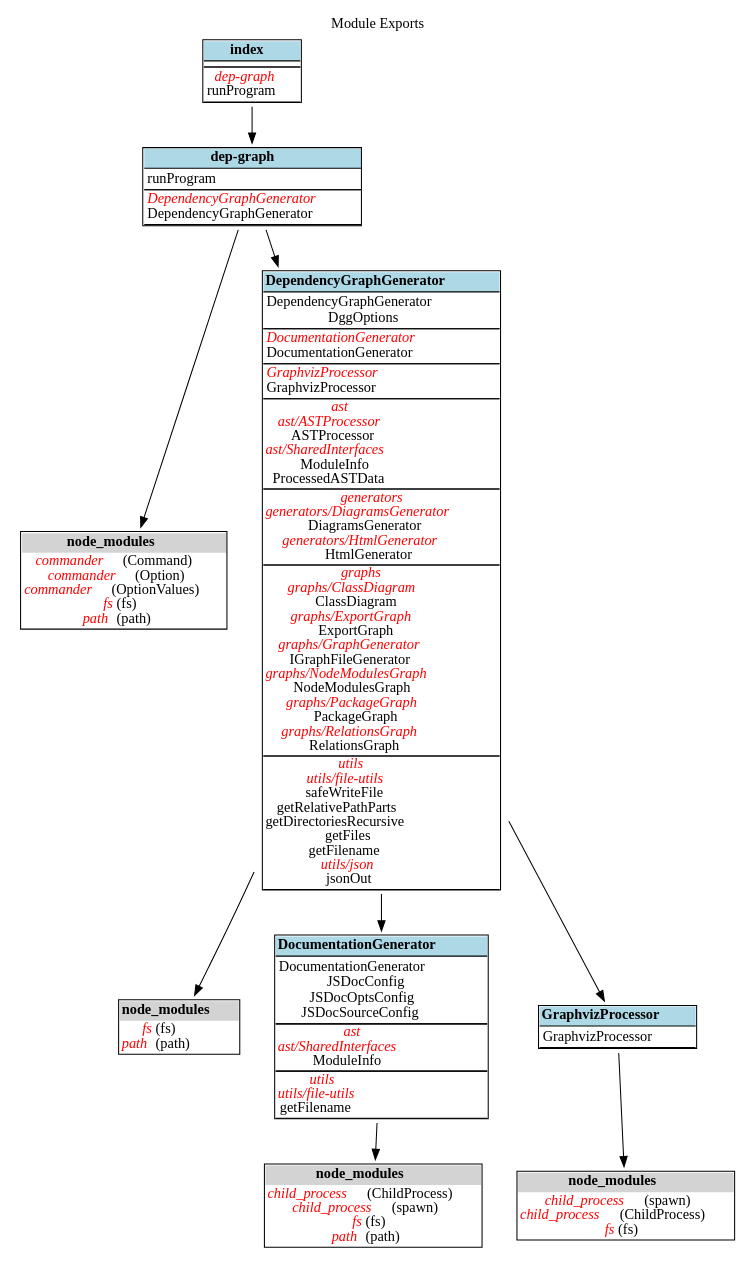
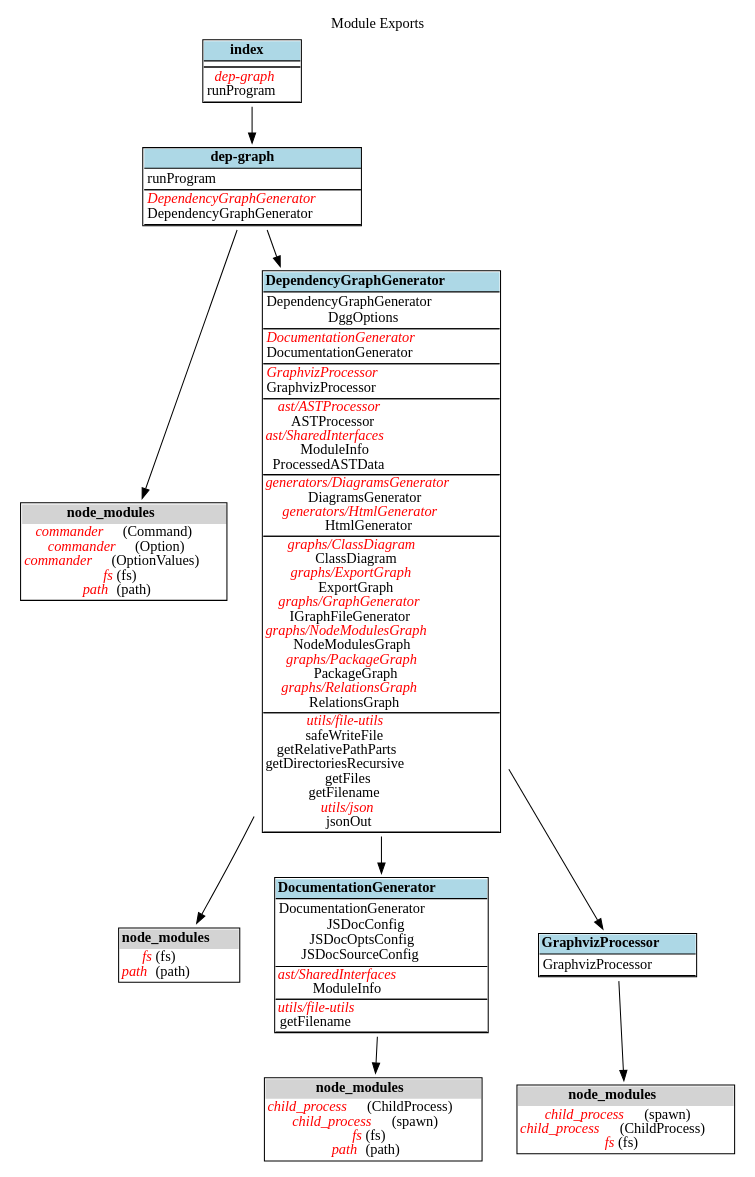
One commit to fleebe/GitHubPages changed the diagram in dep-graph-ts/ExportGraph.dot. Above: the diagram before and after it, drawn with Graphviz. The commit also changed 97 other files, not shown here.

Commit message:
Update docs for dep-graph-ts from fleebe/dep-graph-ts workflow

```diff
--- a/dep-graph-ts/ExportGraph.dot
+++ b/dep-graph-ts/ExportGraph.dot
@@ -1,145 +1,139 @@
 digraph {label=" Module Exports";
 labelloc="t";
 "dep-graph" [shape=none, label=<<TABLE cellspacing="0" cellborder="0" align="left">
 <TR><TD bgcolor="lightblue" align="center"><B>dep-graph</B></TD></TR>
 <TR><TD BORDER="1" SIDES="TB" align="left">
 runProgram<BR/>
 </TD></TR>
 <TR><TD BORDER="1" SIDES="TB" align="left">
 <font color="red"><I>DependencyGraphGenerator</I></font><BR/>
 DependencyGraphGenerator<BR/>
 </TD></TR>
 </TABLE>>];
 "dep-graph-node_modules" [shape=none, label=<<TABLE cellspacing="0" cellborder="0" align="left">
 <TR><TD bgcolor="lightgrey" align="center"><B>node_modules</B></TD></TR>
 <TR><TD align="left">
 <font color="red"><I>commander</I></font> (Command)<BR/>
 <font color="red"><I>commander</I></font> (Option)<BR/>
 <font color="red"><I>commander</I></font> (OptionValues)<BR/>
 <font color="red"><I>fs</I></font> (fs)<BR/>
 <font color="red"><I>path</I></font> (path)<BR/>
 </TD></TR>
 </TABLE>>];
 "dep-graph"->"dep-graph-node_modules";
 "DependencyGraphGenerator" [shape=none, label=<<TABLE cellspacing="0" cellborder="0" align="left">
 <TR><TD bgcolor="lightblue" align="center"><B>DependencyGraphGenerator</B></TD></TR>
 <TR><TD BORDER="1" SIDES="TB" align="left">
 DependencyGraphGenerator<BR/>
 DggOptions<BR/>
 </TD></TR>
 <TR><TD BORDER="1" SIDES="TB" align="left">
 <font color="red"><I>DocumentationGenerator</I></font><BR/>
 DocumentationGenerator<BR/>
 </TD></TR>
 <TR><TD BORDER="1" SIDES="TB" align="left">
 <font color="red"><I>GraphvizProcessor</I></font><BR/>
 GraphvizProcessor<BR/>
 </TD></TR>
-<TR><TD BORDER="1" SIDES="TB" cellpadding="1" align="left" HREF="diagrams.html#ast" TARGET="_top">
-<font color="red"><I>ast</I></font><BR/>
+<TR><TD BORDER="1" SIDES="TB" cellpadding="1" align="left">
 <font color="red"><I>ast/ASTProcessor</I></font><BR/>
 ASTProcessor<BR/>
 <font color="red"><I>ast/SharedInterfaces</I></font><BR/>
 ModuleInfo<BR/>
 ProcessedASTData<BR/>
 </TD></TR>
-<TR><TD BORDER="1" SIDES="TB" cellpadding="1" align="left" HREF="diagrams.html#generators" TARGET="_top">
-<font color="red"><I>generators</I></font><BR/>
+<TR><TD BORDER="1" SIDES="TB" cellpadding="1" align="left">
 <font color="red"><I>generators/DiagramsGenerator</I></font><BR/>
 DiagramsGenerator<BR/>
 <font color="red"><I>generators/HtmlGenerator</I></font><BR/>
 HtmlGenerator<BR/>
 </TD></TR>
-<TR><TD BORDER="1" SIDES="TB" cellpadding="1" align="left" HREF="diagrams.html#graphs" TARGET="_top">
-<font color="red"><I>graphs</I></font><BR/>
+<TR><TD BORDER="1" SIDES="TB" cellpadding="1" align="left">
 <font color="red"><I>graphs/ClassDiagram</I></font><BR/>
 ClassDiagram<BR/>
 <font color="red"><I>graphs/ExportGraph</I></font><BR/>
 ExportGraph<BR/>
 <font color="red"><I>graphs/GraphGenerator</I></font><BR/>
 IGraphFileGenerator<BR/>
 <font color="red"><I>graphs/NodeModulesGraph</I></font><BR/>
 NodeModulesGraph<BR/>
 <font color="red"><I>graphs/PackageGraph</I></font><BR/>
 PackageGraph<BR/>
 <font color="red"><I>graphs/RelationsGraph</I></font><BR/>
 RelationsGraph<BR/>
 </TD></TR>
-<TR><TD BORDER="1" SIDES="TB" cellpadding="1" align="left" HREF="diagrams.html#utils" TARGET="_top">
-<font color="red"><I>utils</I></font><BR/>
+<TR><TD BORDER="1" SIDES="TB" cellpadding="1" align="left">
 <font color="red"><I>utils/file-utils</I></font><BR/>
 safeWriteFile<BR/>
 getRelativePathParts<BR/>
 getDirectoriesRecursive<BR/>
 getFiles<BR/>
 getFilename<BR/>
 <font color="red"><I>utils/json</I></font><BR/>
 jsonOut<BR/>
 </TD></TR>
 </TABLE>>];
 "DependencyGraphGenerator-node_modules" [shape=none, label=<<TABLE cellspacing="0" cellborder="0" align="left">
 <TR><TD bgcolor="lightgrey" align="center"><B>node_modules</B></TD></TR>
 <TR><TD align="left">
 <font color="red"><I>fs</I></font> (fs)<BR/>
 <font color="red"><I>path</I></font> (path)<BR/>
 </TD></TR>
 </TABLE>>];
 "DependencyGraphGenerator"->"DependencyGraphGenerator-node_modules";
 "DocumentationGenerator" [shape=none, label=<<TABLE cellspacing="0" cellborder="0" align="left">
 <TR><TD bgcolor="lightblue" align="center"><B>DocumentationGenerator</B></TD></TR>
 <TR><TD BORDER="1" SIDES="TB" align="left">
 DocumentationGenerator<BR/>
 JSDocConfig<BR/>
 JSDocOptsConfig<BR/>
 JSDocSourceConfig<BR/>
 </TD></TR>
-<TR><TD BORDER="1" SIDES="TB" cellpadding="1" align="left" HREF="diagrams.html#ast" TARGET="_top">
-<font color="red"><I>ast</I></font><BR/>
+<TR><TD BORDER="1" SIDES="TB" cellpadding="1" align="left">
 <font color="red"><I>ast/SharedInterfaces</I></font><BR/>
 ModuleInfo<BR/>
 </TD></TR>
-<TR><TD BORDER="1" SIDES="TB" cellpadding="1" align="left" HREF="diagrams.html#utils" TARGET="_top">
-<font color="red"><I>utils</I></font><BR/>
+<TR><TD BORDER="1" SIDES="TB" cellpadding="1" align="left">
 <font color="red"><I>utils/file-utils</I></font><BR/>
 getFilename<BR/>
 </TD></TR>
 </TABLE>>];
 "DocumentationGenerator-node_modules" [shape=none, label=<<TABLE cellspacing="0" cellborder="0" align="left">
 <TR><TD bgcolor="lightgrey" align="center"><B>node_modules</B></TD></TR>
 <TR><TD align="left">
 <font color="red"><I>child_process</I></font> (ChildProcess)<BR/>
 <font color="red"><I>child_process</I></font> (spawn)<BR/>
 <font color="red"><I>fs</I></font> (fs)<BR/>
 <font color="red"><I>path</I></font> (path)<BR/>
 </TD></TR>
 </TABLE>>];
 "DocumentationGenerator"->"DocumentationGenerator-node_modules";
 "GraphvizProcessor" [shape=none, label=<<TABLE cellspacing="0" cellborder="0" align="left">
 <TR><TD bgcolor="lightblue" align="center"><B>GraphvizProcessor</B></TD></TR>
 <TR><TD BORDER="1" SIDES="TB" align="left">
 GraphvizProcessor<BR/>
 </TD></TR>
 </TABLE>>];
 "GraphvizProcessor-node_modules" [shape=none, label=<<TABLE cellspacing="0" cellborder="0" align="left">
 <TR><TD bgcolor="lightgrey" align="center"><B>node_modules</B></TD></TR>
 <TR><TD align="left">
 <font color="red"><I>child_process</I></font> (spawn)<BR/>
 <font color="red"><I>child_process</I></font> (ChildProcess)<BR/>
 <font color="red"><I>fs</I></font> (fs)<BR/>
 </TD></TR>
 </TABLE>>];
 "GraphvizProcessor"->"GraphvizProcessor-node_modules";
 "index" [shape=none, label=<<TABLE cellspacing="0" cellborder="0" align="left">
 <TR><TD bgcolor="lightblue" align="center"><B>index</B></TD></TR>
 <TR><TD BORDER="1" SIDES="TB" align="left">
 </TD></TR>
 <TR><TD BORDER="1" SIDES="TB" align="left">
 <font color="red"><I>dep-graph</I></font><BR/>
 runProgram<BR/>
 </TD></TR>
 </TABLE>>];
 "dep-graph"->"DependencyGraphGenerator";
 "DependencyGraphGenerator"->"DocumentationGenerator";
 "DependencyGraphGenerator"->"GraphvizProcessor";
 "index"->"dep-graph";
 }
```
